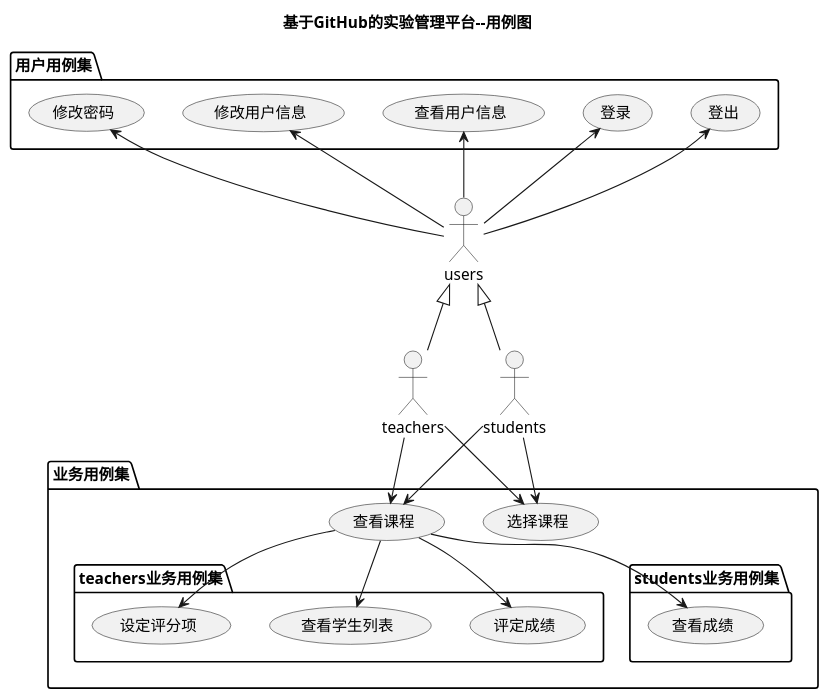
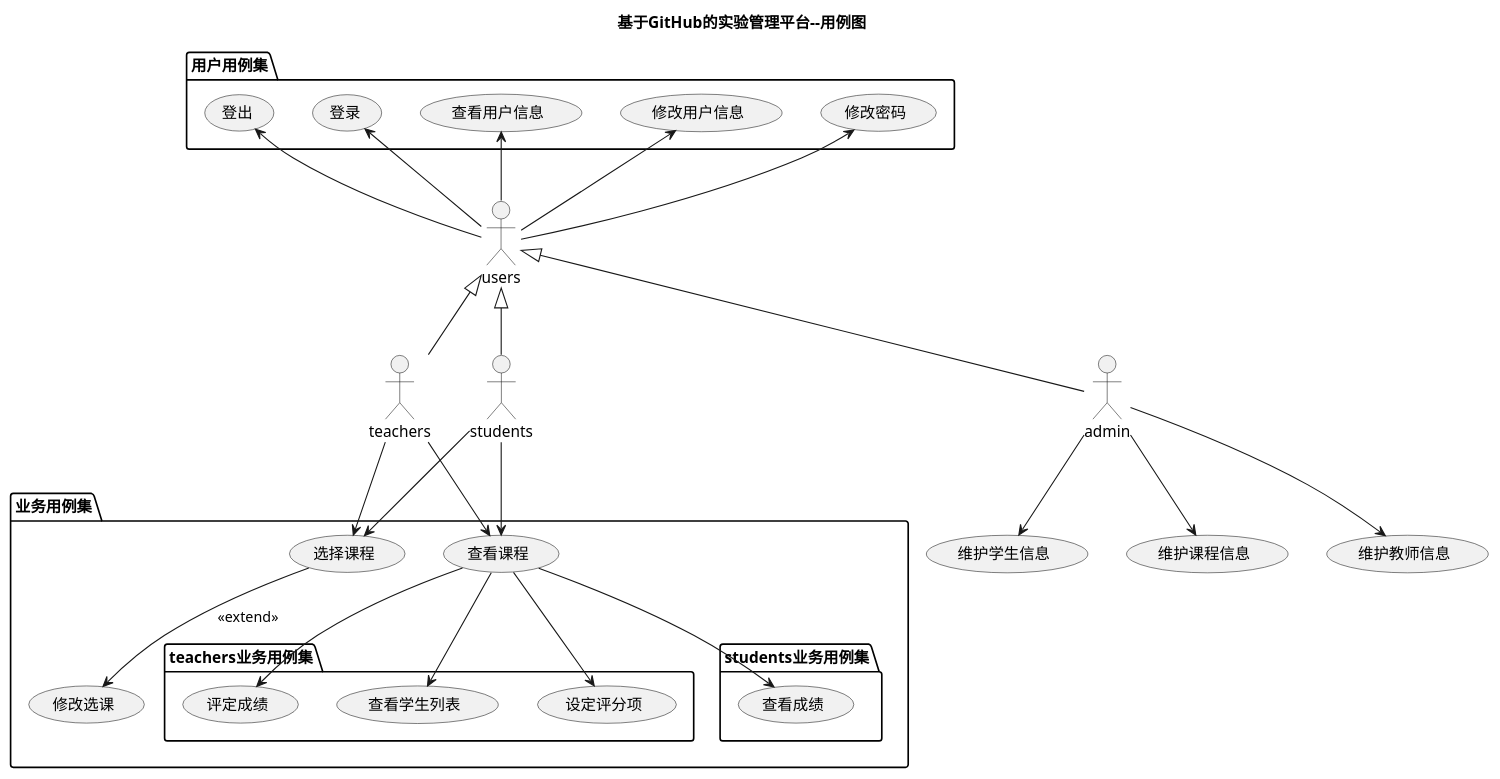
The diagram in test6/src/UserCase.puml (mzy1997/is_analysis), drawn with PlantUML before and after one commit. The commit also changed 3 other files, not shown here.

```diff
--- a/test6/src/UserCase.puml
+++ b/test6/src/UserCase.puml
@@ -1,30 +1,36 @@
 @startuml
 title 基于GitHub的实验管理平台--用例图
 actor users
 actor teachers
 actor students
+actor admin
 users <|-- teachers
 users <|-- students
-
+users <|-- admin
 package 用户用例集{
 users -up-> (修改密码)
 users -up-> (修改用户信息)
 users -up-> (查看用户信息)
 users -up-> (登录)
 users -up-> (登出)
 }
 package 业务用例集{
 teachers --> (选择课程)
 students --> (选择课程)
+(选择课程) -down-> (修改选课):<<extend>>
 teachers -down-> (查看课程)
 package teachers业务用例集{
 (查看课程) -down-> (设定评分项)
 (查看课程)-down-> (评定成绩)
 (查看课程) -down-> (查看学生列表)
 }
 package students业务用例集{
 students -down-> (查看课程)
 (查看课程) --> (查看成绩)
 }
 }
+
+admin --> (维护课程信息)
+admin --> (维护教师信息)
+admin --> (维护学生信息)
 @enduml
```
